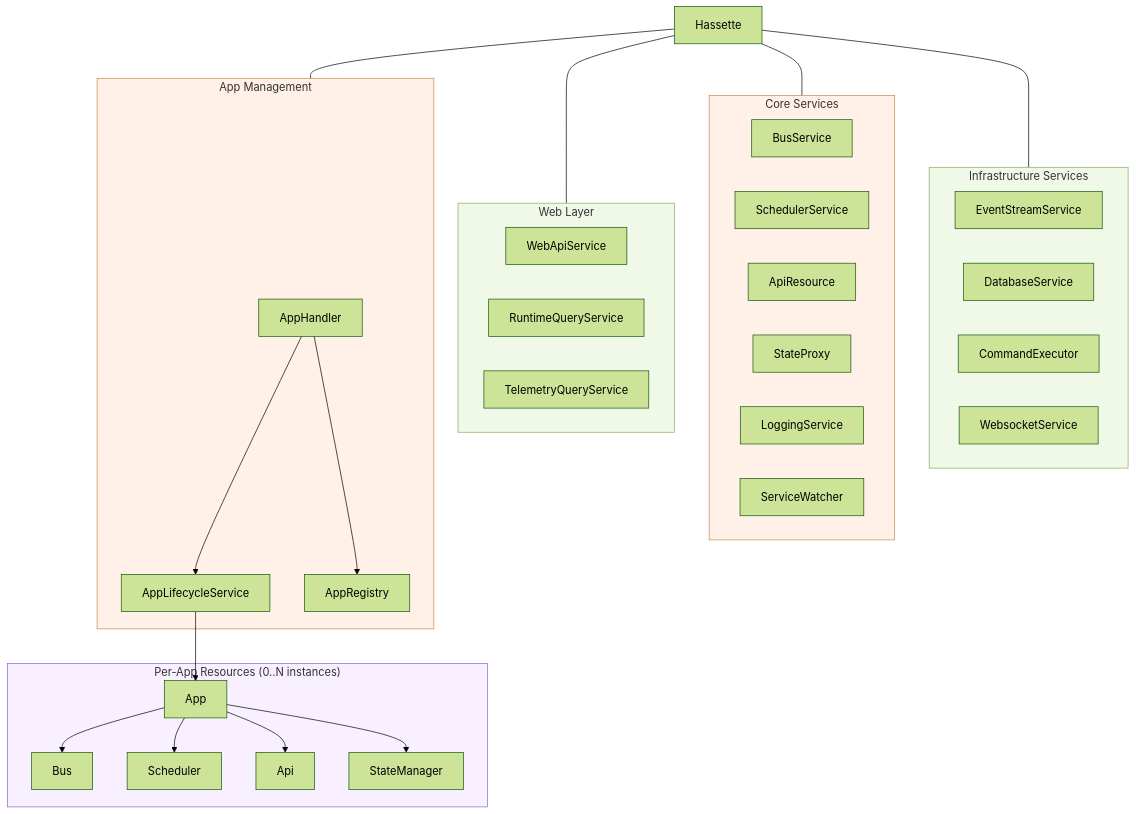
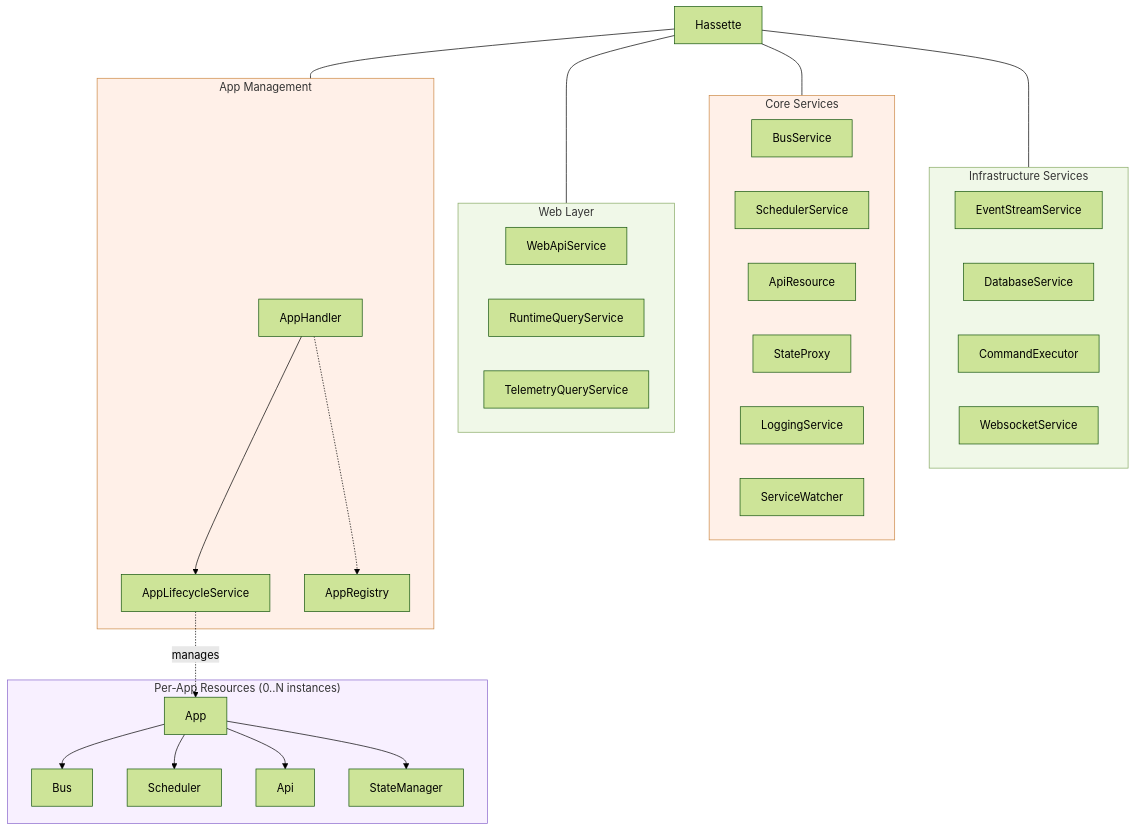
One commit to NodeJSmith/hassette changed the third of 3 diagrams in docs/pages/core-concepts/internals/index.md. Above: the diagram before and after it, drawn with Mermaid (forest theme). The commit also changed other lines of this file and 39 other files, not shown here.

````diff
--- a/docs/pages/core-concepts/internals/index.md
+++ b/docs/pages/core-concepts/internals/index.md
@@ -161,59 +159,59 @@
 ```mermaid
 graph TD
     accTitle: Component Ownership Tree
     accDescr: Parent-child resource hierarchy from Hassette root to per-app handles
 
     Hassette
 
     subgraph infra["Infrastructure Services"]
         EventStreamService
         DatabaseService
         CommandExecutor
         WebsocketService
     end
 
     subgraph core["Core Services"]
         BusService
         SchedulerService
         ApiResource
         StateProxy
         LoggingService
         ServiceWatcher
     end
 
     subgraph web["Web Layer"]
         WebApiService
         RuntimeQueryService
         TelemetryQueryService
     end
 
     subgraph apps["App Management"]
         AppHandler
         AppLifecycleService
         AppRegistry
     end
 
     Hassette --- infra
     Hassette --- core
     Hassette --- web
     Hassette --- apps
 
     AppHandler --> AppLifecycleService
-    AppHandler --> AppRegistry
+    AppHandler -.-> AppRegistry
 
     subgraph perapp["Per-App Resources (0..N instances)"]
         App
         App --> Bus
         App --> Scheduler
         App --> Api
         App --> StateManager
     end
 
-    AppLifecycleService --> App
+    AppLifecycleService -. manages .-> App
 
     style infra fill:#f0f8e8,stroke:#88aa66
     style core fill:#fff0e8,stroke:#cc8844
     style web fill:#f0f8e8,stroke:#88aa66
     style apps fill:#fff0e8,stroke:#cc8844
     style perapp fill:#f8f0ff,stroke:#8866cc
 ```
````
